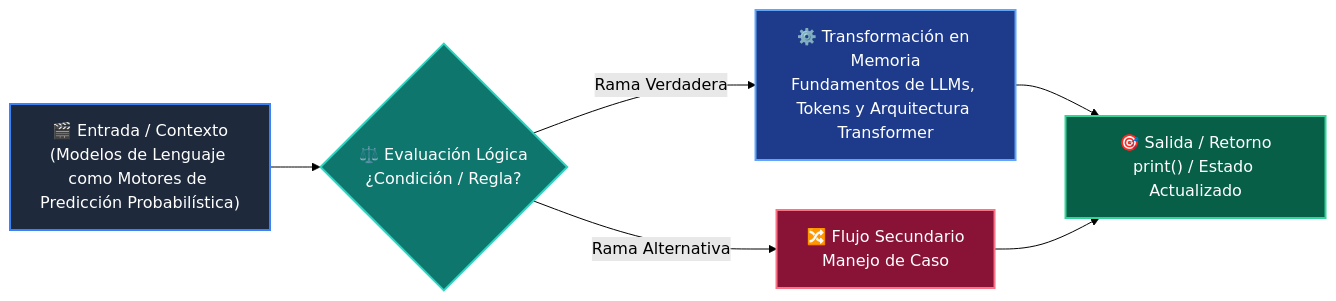
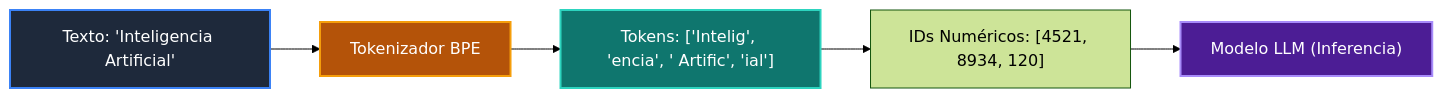
One commit to wisrovi/wisrovi-python changed the diagram in 03-agentes-ia/clase-01-fundamentos-llm-tokenizacion/README.md. Above: the diagram before and after it, drawn with Mermaid (forest theme). The commit also changed other lines of this file and 271 other files, not shown here.

Commit message:
docs: rewrite all README.md files with bespoke topic-specific Mermaid diagrams and remove repetitive boilerplate

````diff
--- a/03-agentes-ia/clase-01-fundamentos-llm-tokenizacion/README.md
+++ b/03-agentes-ia/clase-01-fundamentos-llm-tokenizacion/README.md
@@ -35,14 +12,12 @@
 ```mermaid
 flowchart LR
-    A["🎬 Entrada / Contexto<br/>(Modelos de Lenguaje como Motores de Predicción Probabilística)"] --> B{"⚖️ Evaluación Lógica<br/>¿Condición / Regla?"}
-    B -->|Rama Verdadera| C["⚙️ Transformación en Memoria<br/>Fundamentos de LLMs, Tokens y Arquitectura Transformer"]
-    B -->|Rama Alternativa| D["🔀 Flujo Secundario<br/>Manejo de Caso"]
-    C --> E["🎯 Salida / Retorno<br/>print() / Estado Actualizado"]
-    D --> E
+    TXT["Texto: 'Inteligencia Artificial'"] --> BPE["Tokenizador BPE"]
+    BPE --> TOK["Tokens: ['Intelig', 'encia', ' Artific', 'ial']"]
+    TOK --> IDS["IDs Numéricos: [4521, 8934, 120]"]
+    IDS --> LLM["Modelo LLM (Inferencia)"]
 
-    style A fill:#1e293b,color:#ffffff,stroke:#3b82f6,stroke-width:2px
-    style B fill:#0f766e,color:#ffffff,stroke:#2dd4bf,stroke-width:2px
-    style C fill:#1e3a8a,color:#ffffff,stroke:#60a5fa,stroke-width:2px
-    style D fill:#881337,color:#ffffff,stroke:#fb7185,stroke-width:2px
-    style E fill:#065f46,color:#ffffff,stroke:#34d399,stroke-width:2px
+    style TXT fill:#1e293b,color:#fff,stroke:#3b82f6,stroke-width:2px
+    style BPE fill:#b45309,color:#fff,stroke:#f59e0b,stroke-width:2px
+    style TOK fill:#0f766e,color:#fff,stroke:#2dd4bf,stroke-width:2px
+    style LLM fill:#4c1d95,color:#fff,stroke:#a78bfa,stroke-width:2px
 ```
````
